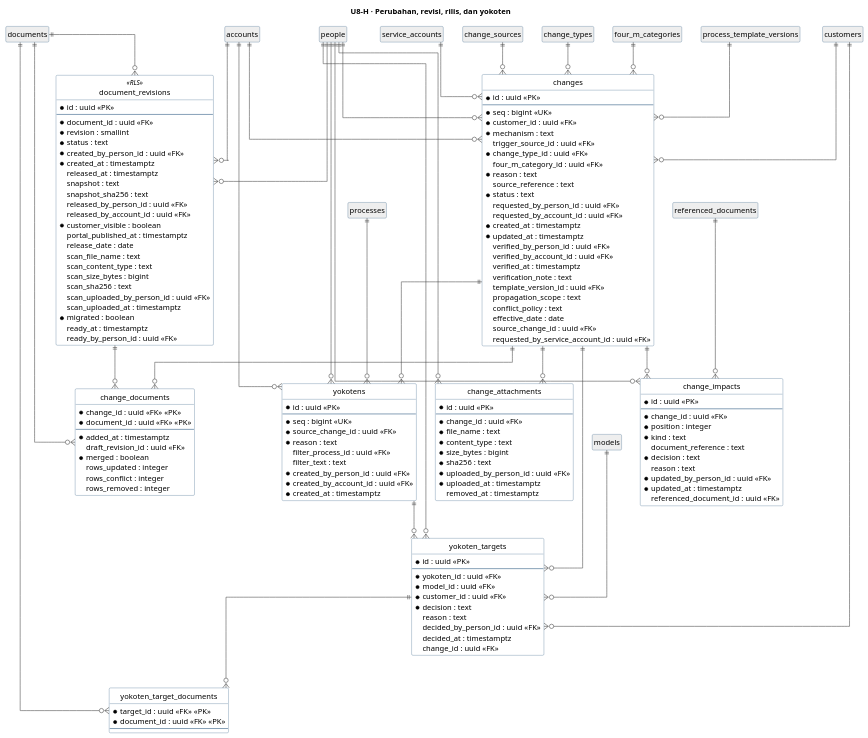
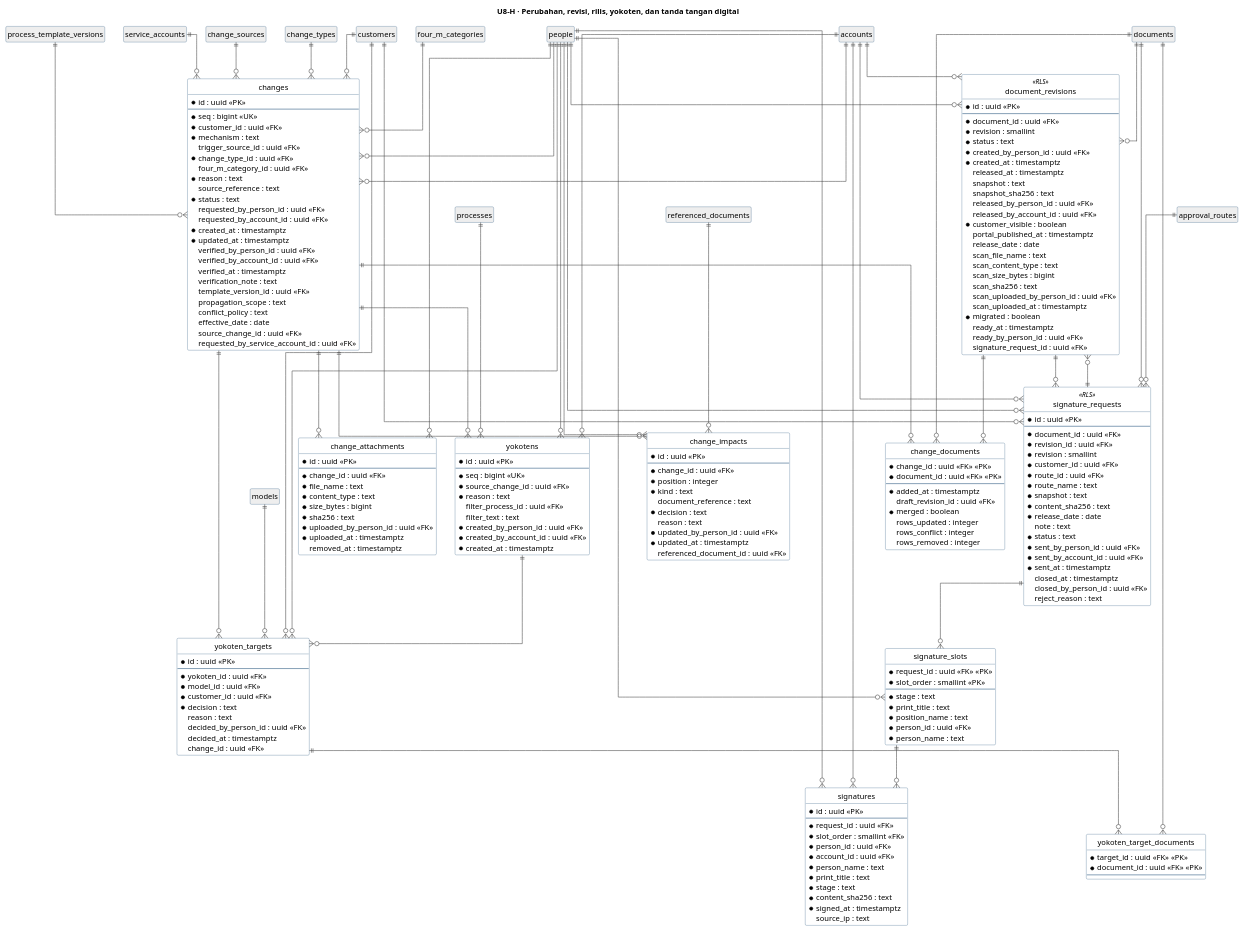
Before and after one commit to dkpauzi/revioten: the eighth of 10 diagrams in docs/uml/U8-erd.puml, drawn with PlantUML. The commit also changed other lines of this file and 85 other files, not shown here.

First line of the commit message:
Fase 3 (D-198, D-203, D-204): tanda tangan digital

```diff
--- a/docs/uml/U8-erd.puml
+++ b/docs/uml/U8-erd.puml
@@ -851,7 +852,7 @@
 skinparam ClassBorderColor #1F4E79
 skinparam ClassBackgroundColor #FFFFFF
 
-title U8-H · Perubahan, revisi, rilis, dan yokoten
+title U8-H · Perubahan, revisi, rilis, yokoten, dan tanda tangan digital
 
 entity "changes" as changes {
   * id : uuid <<PK>>
@@ -945,6 +946,7 @@
   * migrated : boolean
   ready_at : timestamptz
   ready_by_person_id : uuid <<FK>>
+  signature_request_id : uuid <<FK>>
 }
 
 entity "yokotens" as yokotens {
@@ -979,7 +981,56 @@
   --
 }
 
+entity "signature_requests" as signature_requests <<RLS>> {
+  * id : uuid <<PK>>
+  --
+  * document_id : uuid <<FK>>
+  * revision_id : uuid <<FK>>
+  * revision : smallint
+  * customer_id : uuid <<FK>>
+  * route_id : uuid <<FK>>
+  * route_name : text
+  * snapshot : text
+  * content_sha256 : text
+  * release_date : date
+  note : text
+  * status : text
+  * sent_by_person_id : uuid <<FK>>
+  * sent_by_account_id : uuid <<FK>>
+  * sent_at : timestamptz
+  closed_at : timestamptz
+  closed_by_person_id : uuid <<FK>>
+  reject_reason : text
+}
+
+entity "signature_slots" as signature_slots {
+  * request_id : uuid <<FK>> <<PK>>
+  * slot_order : smallint <<PK>>
+  --
+  * stage : text
+  * print_title : text
+  * position_name : text
+  * person_id : uuid <<FK>>
+  * person_name : text
+}
+
+entity "signatures" as signatures {
+  * id : uuid <<PK>>
+  --
+  * request_id : uuid <<FK>>
+  * slot_order : smallint <<FK>>
+  * person_id : uuid <<FK>>
+  * account_id : uuid <<FK>>
+  * person_name : text
+  * print_title : text
+  * stage : text
+  * content_sha256 : text
+  * signed_at : timestamptz
+  source_ip : text
+}
+
 entity "accounts" as accounts #EEEEEE
+entity "approval_routes" as approval_routes #EEEEEE
 entity "change_sources" as change_sources #EEEEEE
 entity "change_types" as change_types #EEEEEE
 entity "customers" as customers #EEEEEE
@@ -1011,6 +1062,18 @@
 accounts ||--o{ document_revisions
 documents ||--o{ document_revisions
 people ||--o{ document_revisions
+signature_requests ||--o{ document_revisions
+accounts ||--o{ signature_requests
+approval_routes ||--o{ signature_requests
+customers ||--o{ signature_requests
+document_revisions ||--o{ signature_requests
+documents ||--o{ signature_requests
+people ||--o{ signature_requests
+people ||--o{ signature_slots
+signature_requests ||--o{ signature_slots
+accounts ||--o{ signatures
+people ||--o{ signatures
+signature_slots ||--o{ signatures
 documents ||--o{ yokoten_target_documents
 yokoten_targets ||--o{ yokoten_target_documents
 changes ||--o{ yokoten_targets
```
